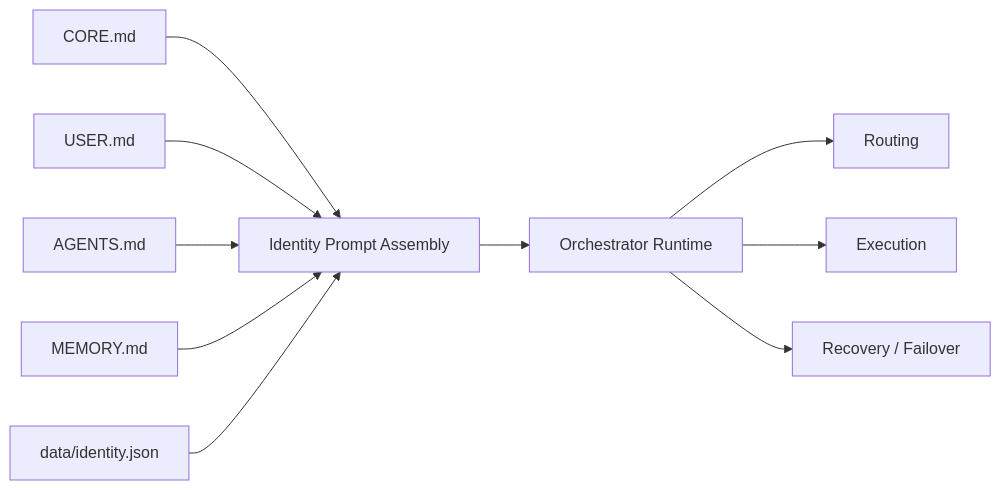
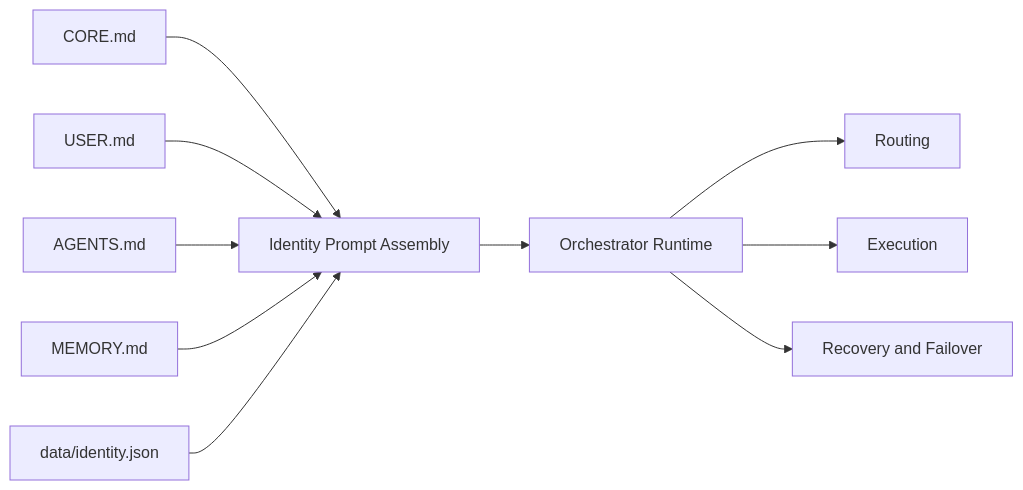
One commit to thebobhuff/Astromech_Agent changed the second of 2 diagrams in README.md. Above: the diagram before and after it, drawn with Mermaid. The commit also changed other lines of this file, not shown here.

Commit message:
docs: fix mermaid parsing in README diagrams

````diff
--- a/README.md
+++ b/README.md
@@ -45,12 +45,12 @@
 ```mermaid
 flowchart LR
     A[CORE.md] --> P[Identity Prompt Assembly]
     B[USER.md] --> P
     C[AGENTS.md] --> P
     D[MEMORY.md] --> P
     E[data/identity.json] --> P
     P --> F[Orchestrator Runtime]
     F --> G[Routing]
     F --> H[Execution]
-    F --> I[Recovery / Failover]
+    F --> I[Recovery and Failover]
 ```
````
